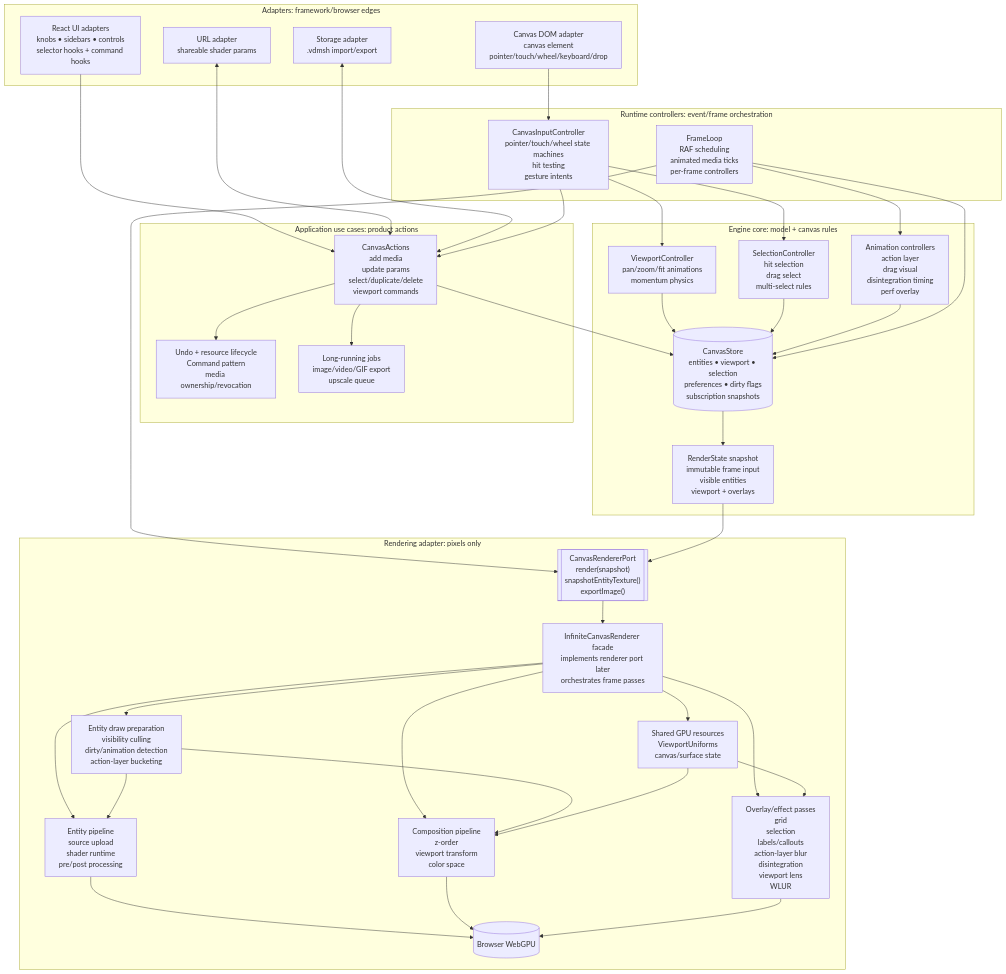
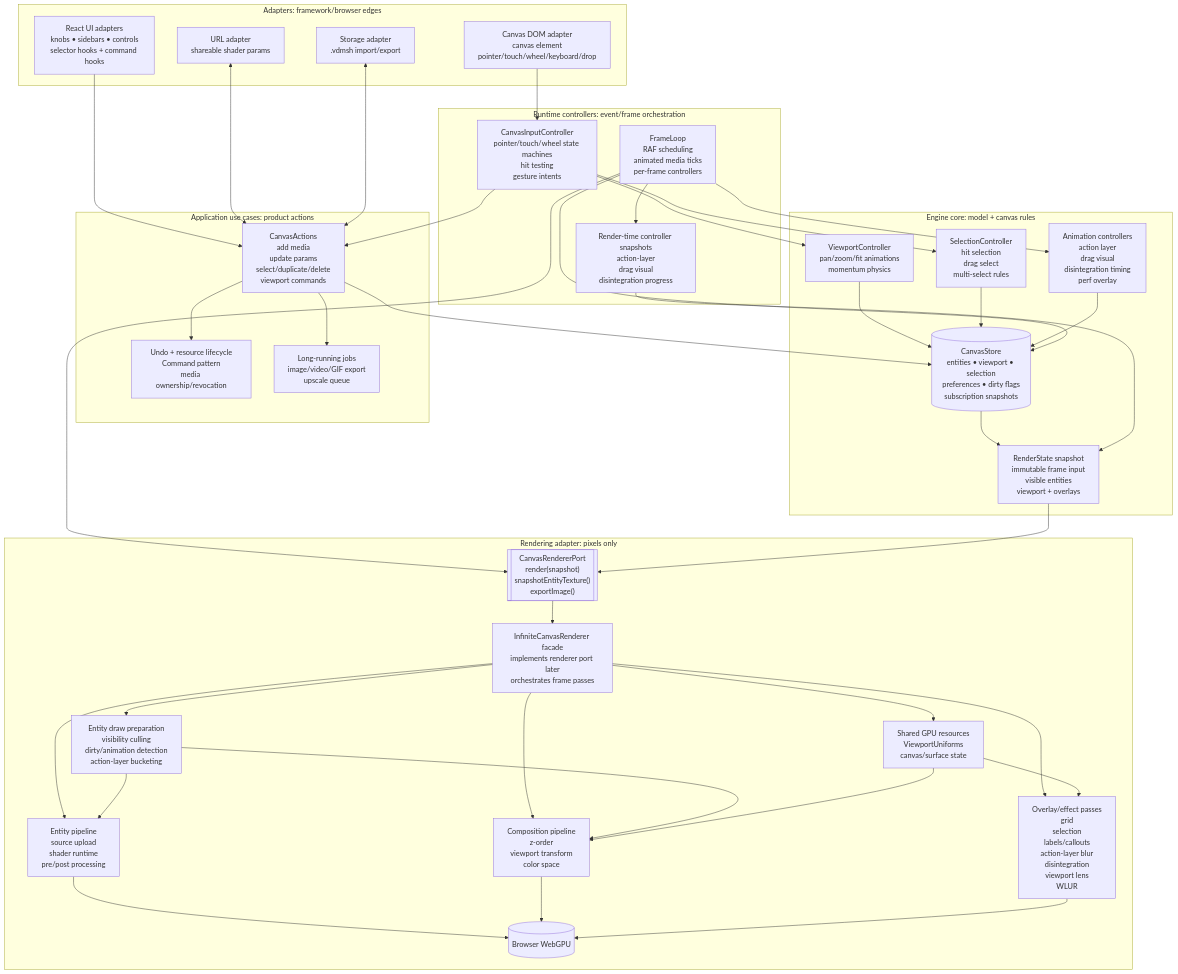
The third of 5 diagrams in ARCHITECTURE.md (ogdakke/voidmesh), drawn with Mermaid before and after one commit. The commit also changed other lines of this file and 15 other files, not shown here.

Commit message:
Move renderer runtime state into RenderState

````diff
--- a/ARCHITECTURE.md
+++ b/ARCHITECTURE.md
@@ -256,76 +265,79 @@
 ```mermaid
 flowchart TD
   %% Proposed Voidmesh canvas architecture
 
   subgraph Adapters["Adapters: framework/browser edges"]
     reactUI["React UI adapters<br/>knobs • sidebars • controls<br/>selector hooks + command hooks"]
     canvasDOM["Canvas DOM adapter<br/>canvas element<br/>pointer/touch/wheel/keyboard/drop"]
     urlAdapter["URL adapter<br/>shareable shader params"]
     storageAdapter["Storage adapter<br/>.vdmsh import/export"]
   end
 
   subgraph Application["Application use cases: product actions"]
     actions["CanvasActions<br/>add media<br/>update params<br/>select/duplicate/delete<br/>viewport commands"]
     undo["Undo + resource lifecycle<br/>Command pattern<br/>media ownership/revocation"]
     jobs["Long-running jobs<br/>image/video/GIF export<br/>upscale queue"]
   end
 
   subgraph Runtime["Runtime controllers: event/frame orchestration"]
     inputController["CanvasInputController<br/>pointer/touch/wheel state machines<br/>hit testing<br/>gesture intents"]
     frameLoop["FrameLoop<br/>RAF scheduling<br/>animated media ticks<br/>per-frame controllers"]
+    renderRuntime["Render-time controller snapshots<br/>action-layer<br/>drag visual<br/>disintegration progress"]
   end
 
   subgraph Engine["Engine core: model + canvas rules"]
     store[(CanvasStore<br/>entities • viewport • selection<br/>preferences • dirty flags<br/>subscription snapshots)]
     viewportController["ViewportController<br/>pan/zoom/fit animations<br/>momentum physics"]
     selectionController["SelectionController<br/>hit selection<br/>drag select<br/>multi-select rules"]
     animationControllers["Animation controllers<br/>action layer<br/>drag visual<br/>disintegration timing<br/>perf overlay"]
     renderSnapshot["RenderState snapshot<br/>immutable frame input<br/>visible entities<br/>viewport + overlays"]
   end
 
   subgraph Rendering["Rendering adapter: pixels only"]
     rendererPort[["CanvasRendererPort<br/>render(snapshot)<br/>snapshotEntityTexture()<br/>exportImage()"]]
     webgpuRenderer["InfiniteCanvasRenderer facade<br/>implements renderer port later<br/>orchestrates frame passes"]
     viewportResources["Shared GPU resources<br/>ViewportUniforms<br/>canvas/surface state"]
     entityPipeline["Entity pipeline<br/>source upload<br/>shader runtime<br/>pre/post processing"]
     composition["Composition pipeline<br/>z-order<br/>viewport transform<br/>color space"]
     drawPrep["Entity draw preparation<br/>visibility culling<br/>dirty/animation detection<br/>action-layer bucketing"]
     overlays["Overlay/effect passes<br/>grid<br/>selection<br/>labels/callouts<br/>action-layer blur<br/>disintegration<br/>viewport lens<br/>WLUR"]
     gpu[(Browser WebGPU)]
   end
 
   reactUI --> actions
   canvasDOM --> inputController
   urlAdapter <--> actions
   storageAdapter <--> actions
 
   inputController --> actions
   inputController --> viewportController
   inputController --> selectionController
   viewportController --> store
   selectionController --> store
   actions --> undo
   actions --> store
   actions --> jobs
 
   frameLoop --> animationControllers
   animationControllers --> store
   frameLoop --> store
+  frameLoop --> renderRuntime
   store --> renderSnapshot
+  renderRuntime --> renderSnapshot
   frameLoop --> rendererPort
   renderSnapshot --> rendererPort
 
   rendererPort --> webgpuRenderer
   webgpuRenderer --> viewportResources
   webgpuRenderer --> drawPrep
   webgpuRenderer --> entityPipeline
   webgpuRenderer --> composition
   webgpuRenderer --> overlays
   drawPrep --> entityPipeline
   drawPrep --> composition
   viewportResources --> composition
   viewportResources --> overlays
   entityPipeline --> gpu
   composition --> gpu
   overlays --> gpu
 ```
````
